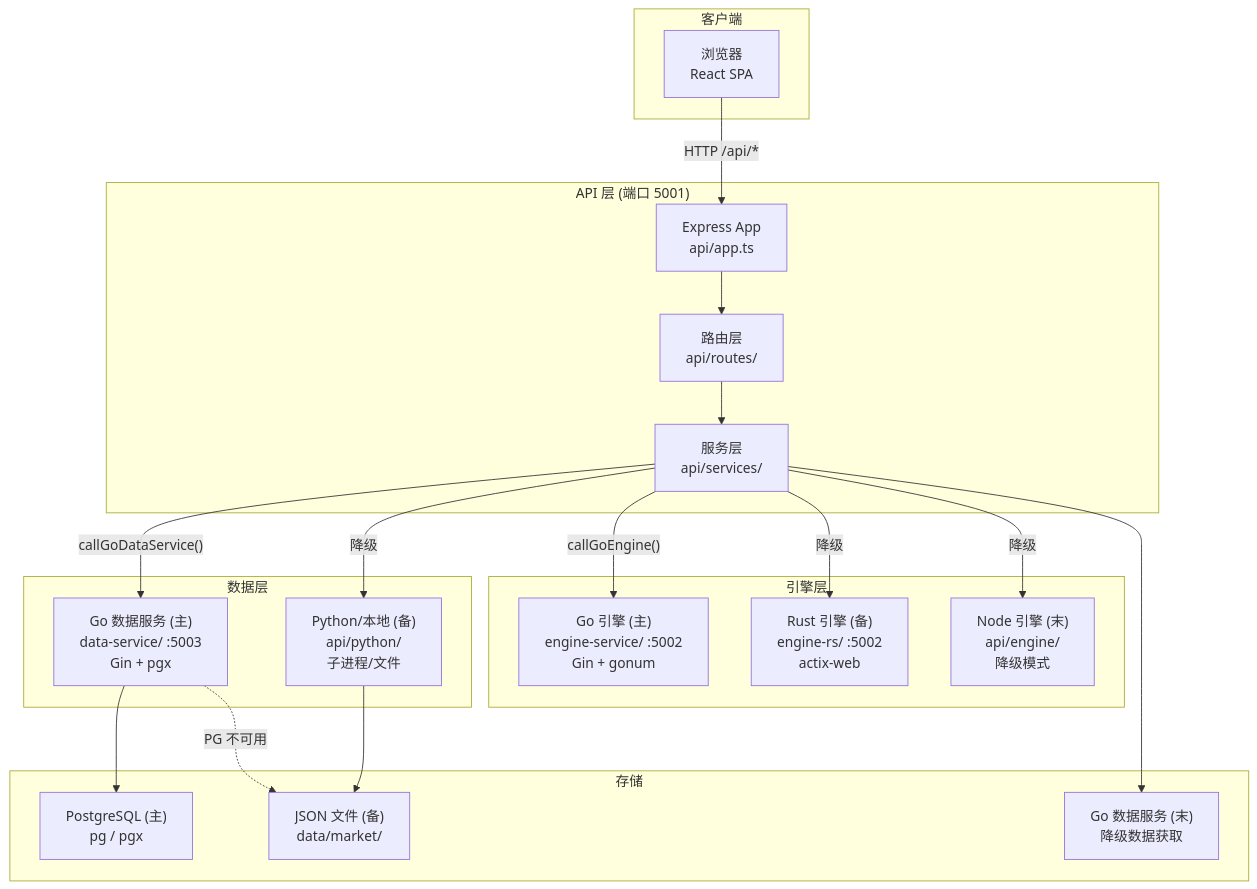
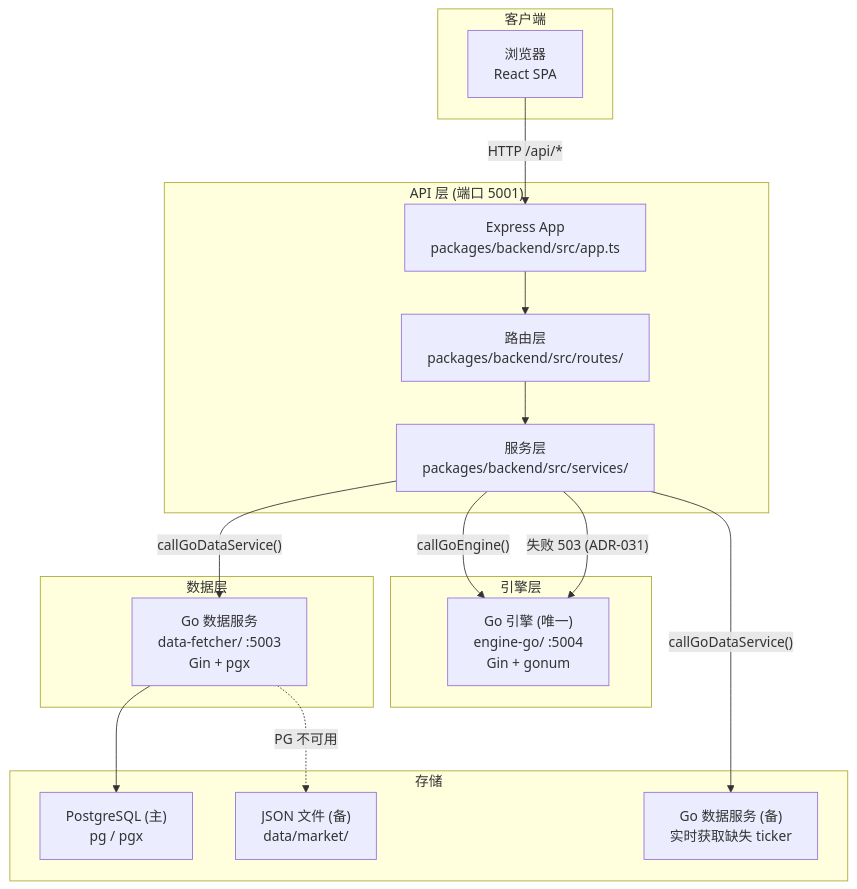
The diagram in docs/ARCHITECTURE.md (FCFColin/backtest-platform), drawn with Mermaid before and after one commit. The commit also changed other lines of this file and 445 other files, not shown here.

Commit message:
refactor(core): consolidate api package into packages/backend, add frontend chart components, add engine optimizer helpers, add macro-review docs

````diff
--- a/docs/ARCHITECTURE.md
+++ b/docs/ARCHITECTURE.md
@@ -10,41 +10,35 @@
 ```mermaid
 flowchart TB
     subgraph Client["客户端"]
         UI["浏览器<br/>React SPA"]
     end
 
     subgraph APILayer["API 层 (端口 5001)"]
-        APP["Express App<br/>api/app.ts"]
-        ROUTES["路由层<br/>api/routes/"]
-        SERVICES["服务层<br/>api/services/"]
+        APP["Express App<br/>packages/backend/src/app.ts"]
+        ROUTES["路由层<br/>packages/backend/src/routes/"]
+        SERVICES["服务层<br/>packages/backend/src/services/"]
     end
 
     subgraph EngineLayer["引擎层"]
-        GO_ENG["Go 引擎 (主)<br/>engine-service/ :5002<br/>Gin + gonum"]
-        RUST["Rust 引擎 (备)<br/>engine-rs/ :5002<br/>actix-web"]
-        NODE["Node 引擎 (末)<br/>api/engine/<br/>降级模式"]
+        GO_ENG["Go 引擎 (唯一)<br/>engine-go/ :5004<br/>Gin + gonum"]
     end
 
     subgraph DataLayer["数据层"]
-        GO_DATA["Go 数据服务 (主)<br/>data-service/ :5003<br/>Gin + pgx"]
-        PY["Python/本地 (备)<br/>api/python/<br/>子进程/文件"]
+        GO_DATA["Go 数据服务<br/>data-fetcher/ :5003<br/>Gin + pgx"]
     end
 
     subgraph Storage["存储"]
         PG["PostgreSQL (主)<br/>pg / pgx"]
         JSON["JSON 文件 (备)<br/>data/market/"]
-        GO_DATA_FALLBACK["Go 数据服务 (末)<br/>降级数据获取"]
+        GO_DATA_FALLBACK["Go 数据服务 (备)<br/>实时获取缺失 ticker"]
     end
 
     UI -->|"HTTP /api/*"| APP
     APP --> ROUTES --> SERVICES
     SERVICES -->|"callGoEngine()"| GO_ENG
-    SERVICES -->|"降级"| RUST
-    SERVICES -->|"降级"| NODE
+    SERVICES -->|"失败 503 (ADR-031)"| GO_ENG
     SERVICES -->|"callGoDataService()"| GO_DATA
-    SERVICES -->|"降级"| PY
+    SERVICES -->|"callGoDataService()"| GO_DATA_FALLBACK
     GO_DATA --> PG
     GO_DATA -.->|"PG 不可用"| JSON
-    PY --> JSON
-    SERVICES --> GO_DATA_FALLBACK
 ```
````
